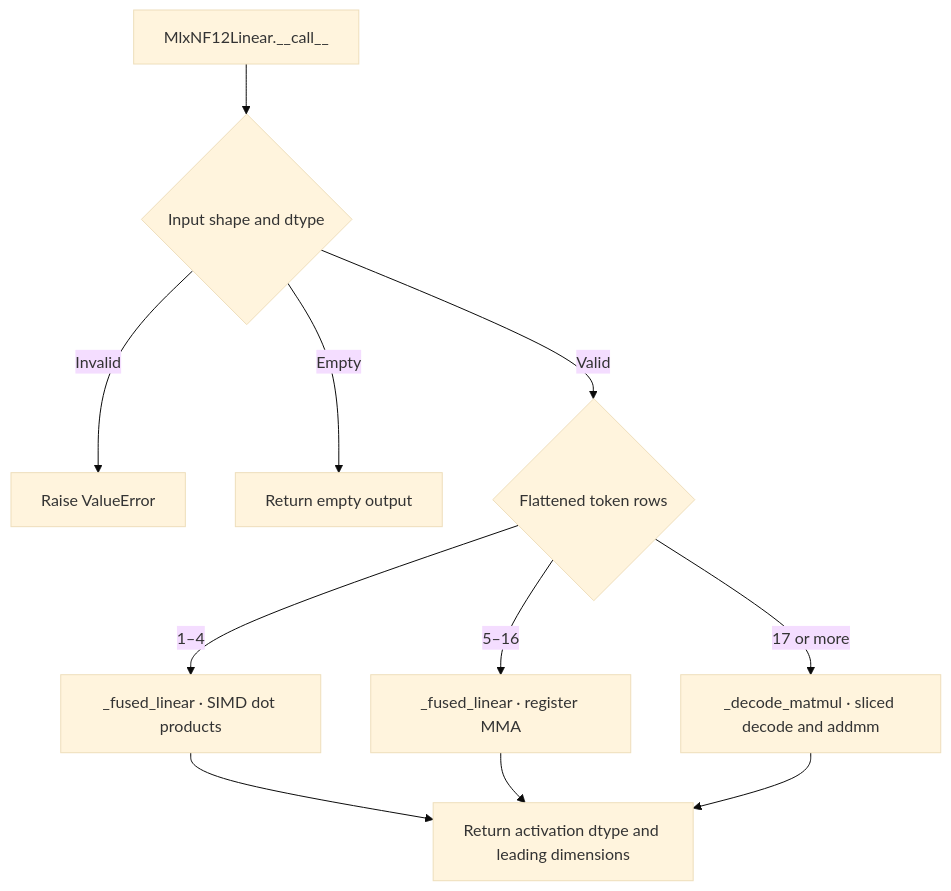
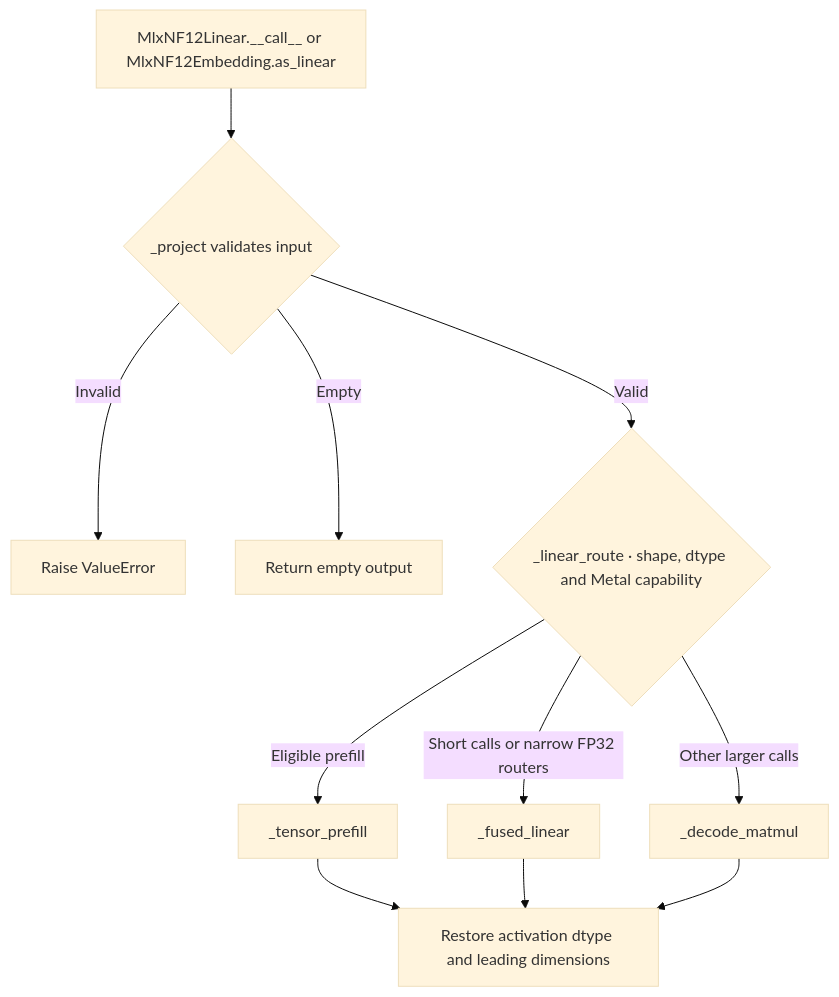
The third of 3 diagrams in docs/mlx-runtime.md (ModelCloud/GPTQModel), drawn with Mermaid (base theme) before and after one commit. The commit also changed other lines of this file and 3 other files, not shown here.

First line of the commit message:
Speed up MLX NF12 prefill, router projections, and packed embeddings (#5988)

````diff
--- a/docs/mlx-runtime.md
+++ b/docs/mlx-runtime.md
@@ -220,13 +220,13 @@
 ```mermaid
 flowchart TD
-    A["MlxNF12Linear.__call__"] --> B{"Input shape and dtype"}
+    A["MlxNF12Linear.__call__ or MlxNF12Embedding.as_linear"] --> B{"_project validates input"}
     B -->|Invalid| E[Raise ValueError]
     B -->|Empty| Z[Return empty output]
-    B -->|Valid| M{"Flattened token rows"}
-    M -->|1–4| G["_fused_linear · SIMD dot products"]
-    M -->|5–16| T["_fused_linear · register MMA"]
-    M -->|17 or more| D["_decode_matmul · sliced decode and addmm"]
-    G --> O[Return activation dtype and leading dimensions]
-    T --> O
+    B -->|Valid| C{"_linear_route · shape, dtype and Metal capability"}
+    C -->|Eligible prefill| T["_tensor_prefill"]
+    C -->|Short calls or narrow FP32 routers| G["_fused_linear"]
+    C -->|Other larger calls| D["_decode_matmul"]
+    T --> O[Restore activation dtype and leading dimensions]
+    G --> O
     D --> O
 ```
````
